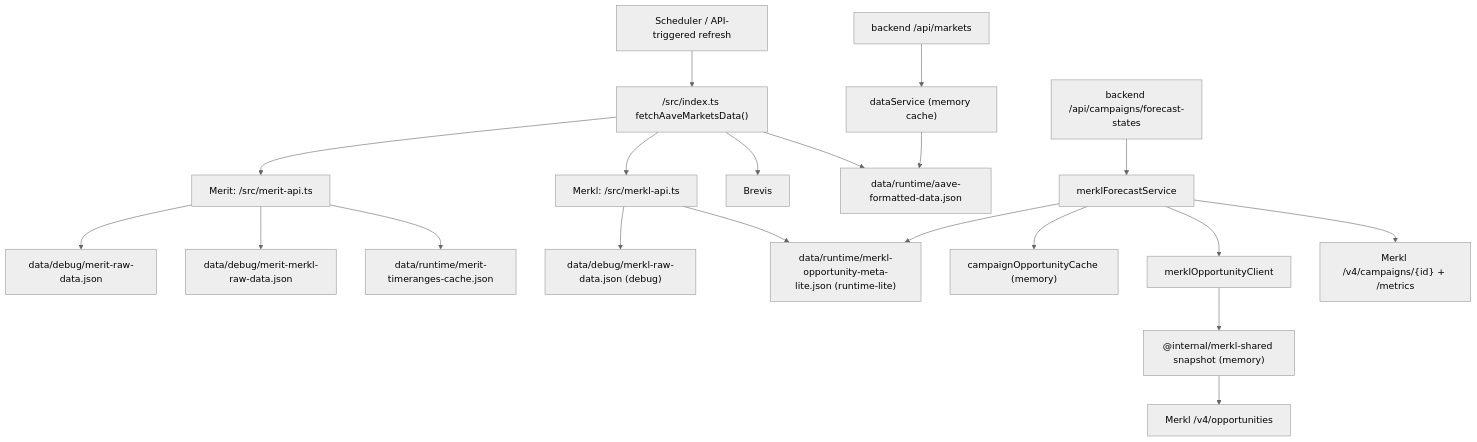
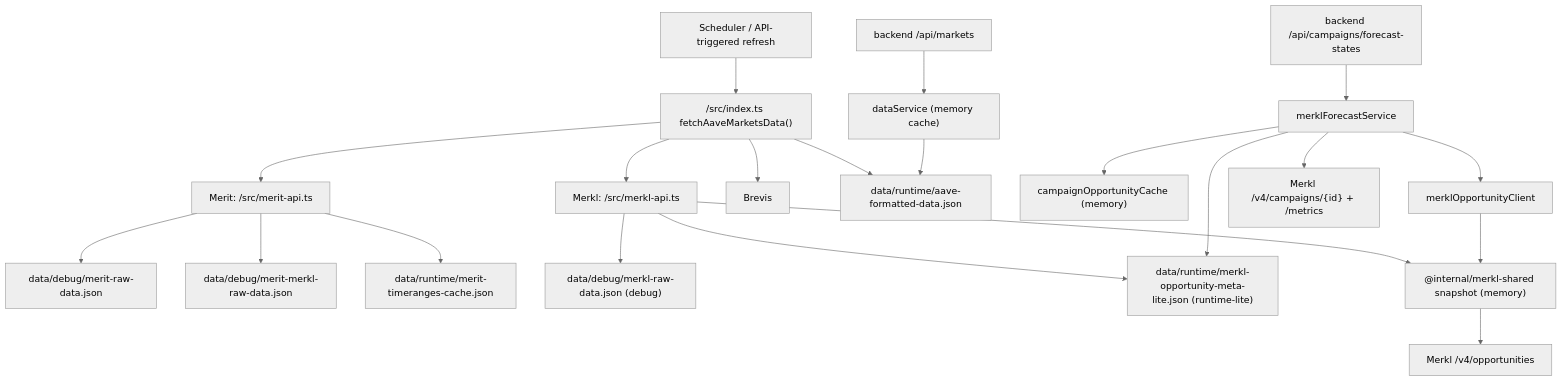
One commit to 0xPabloLI/aave-protocol-analysis changed the first of 2 diagrams in docs/merkl-merit-cache-architecture.md. Above: the diagram before and after it, drawn with Mermaid (neutral theme). The commit also changed other lines of this file and 1 other file, not shown here.

Commit message:
Document shared Merkl snapshot usage and doc-sync rule

````diff
--- a/docs/merkl-merit-cache-architecture.md
+++ b/docs/merkl-merit-cache-architecture.md
@@ -9,22 +9,23 @@
 ```mermaid
 flowchart TD
   A["Scheduler / API-triggered refresh"] --> B["/src/index.ts fetchAaveMarketsData()"]
   B --> C["Merit: /src/merit-api.ts"]
   B --> D["Merkl: /src/merkl-api.ts"]
   B --> E["Brevis"]
   C --> F["data/debug/merit-raw-data.json"]
   C --> G["data/debug/merit-merkl-raw-data.json"]
   C --> H["data/runtime/merit-timeranges-cache.json"]
   D --> I["data/debug/merkl-raw-data.json (debug)"]
   D --> J["data/runtime/merkl-opportunity-meta-lite.json (runtime-lite)"]
+  D --> R["@internal/merkl-shared snapshot (memory)"]
   B --> K["data/runtime/aave-formatted-data.json"]
   L["backend /api/markets"] --> M["dataService (memory cache)"]
   M --> K
   N["backend /api/campaigns/forecast-states"] --> O["merklForecastService"]
   O --> P["campaignOpportunityCache (memory)"]
   O --> J
   O --> Q["merklOpportunityClient"]
   Q --> R["@internal/merkl-shared snapshot (memory)"]
   R --> S["Merkl /v4/opportunities"]
   O --> T["Merkl /v4/campaigns/{id} + /metrics"]
 ```
````
